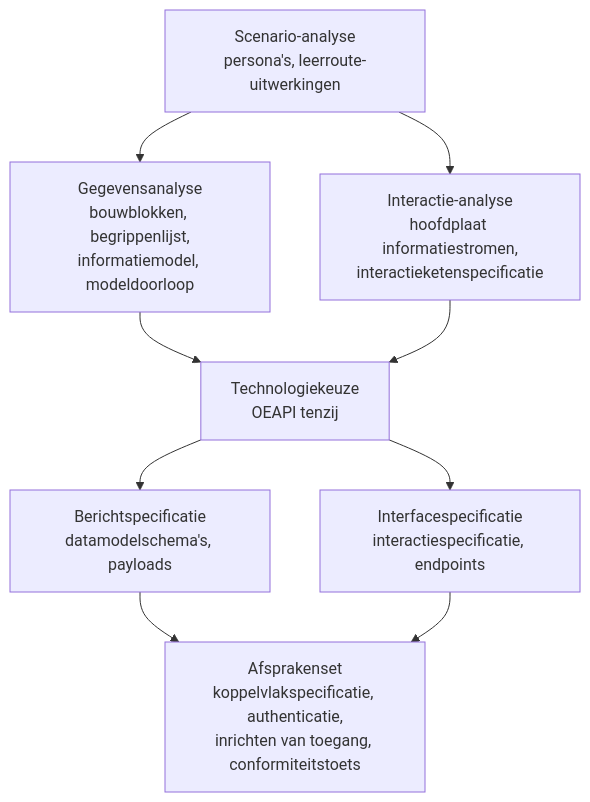
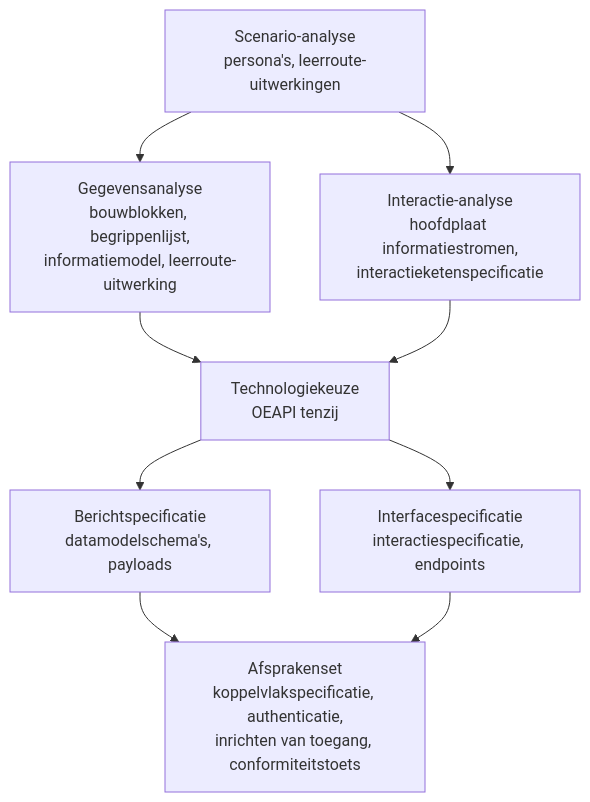
Before and after one commit to Npuls-OKx/meta: the second of 3 diagrams in project/leesroute.md, drawn with Mermaid. The commit also changed other lines of this file and 46 other files, not shown here.

First line of the commit message:
Leerroute-uitwerking, naam: modeldoorloop hernoemd met de kaderstelling ernaast

````diff
--- a/project/leesroute.md
+++ b/project/leesroute.md
@@ -185,11 +185,11 @@
 ```mermaid
 flowchart TD
-  A["Scenario-analyse<br/>persona's, leerroute-uitwerkingen"] --> B["Gegevensanalyse<br/>bouwblokken, begrippenlijst,<br/>informatiemodel, modeldoorloop"]
+  A["Scenario-analyse<br/>persona's, leerroute-uitwerkingen"] --> B["Gegevensanalyse<br/>bouwblokken, begrippenlijst,<br/>informatiemodel, leerroute-uitwerking"]
   A --> C["Interactie-analyse<br/>hoofdplaat informatiestromen,<br/>interactieketenspecificatie"]
   B --> D["Technologiekeuze<br/>OEAPI tenzij"]
   C --> D
   D --> E["Berichtspecificatie<br/>datamodelschema's, payloads"]
   D --> F["Interfacespecificatie<br/>interactiespecificatie, endpoints"]
   E --> G["Afsprakenset<br/>koppelvlakspecificatie, authenticatie,<br/>inrichten van toegang, conformiteitstoets"]
   F --> G
 ```
````
